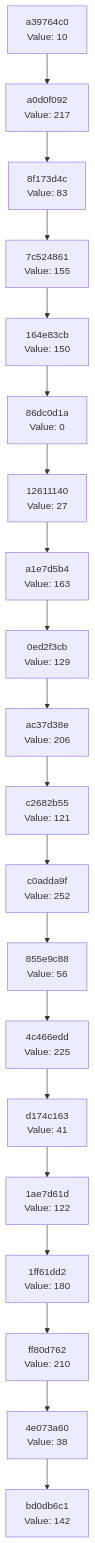
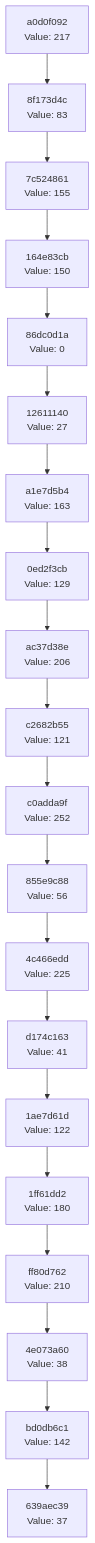
The diagram in docs/CHAIN_VISUALIZATION.md (Abhisheksinha1506/hash-chain-evolver), drawn with Mermaid before and after one commit. The commit also changed 2 other files, not shown here.

Commit message:
Evolution step: hash 0x25 → action executed

````diff
--- a/docs/CHAIN_VISUALIZATION.md
+++ b/docs/CHAIN_VISUALIZATION.md
@@ -3,42 +3,42 @@
 ```mermaid
 graph TD
-    C0["bd0db6c1<br/>Value: 142"]
-    C1["4e073a60<br/>Value: 38"]
+    C0["639aec39<br/>Value: 37"]
+    C1["bd0db6c1<br/>Value: 142"]
     C1 --> C0
-    C2["ff80d762<br/>Value: 210"]
+    C2["4e073a60<br/>Value: 38"]
     C2 --> C1
-    C3["1ff61dd2<br/>Value: 180"]
+    C3["ff80d762<br/>Value: 210"]
     C3 --> C2
-    C4["1ae7d61d<br/>Value: 122"]
+    C4["1ff61dd2<br/>Value: 180"]
     C4 --> C3
-    C5["d174c163<br/>Value: 41"]
+    C5["1ae7d61d<br/>Value: 122"]
     C5 --> C4
-    C6["4c466edd<br/>Value: 225"]
+    C6["d174c163<br/>Value: 41"]
     C6 --> C5
-    C7["855e9c88<br/>Value: 56"]
+    C7["4c466edd<br/>Value: 225"]
     C7 --> C6
-    C8["c0adda9f<br/>Value: 252"]
+    C8["855e9c88<br/>Value: 56"]
     C8 --> C7
-    C9["c2682b55<br/>Value: 121"]
+    C9["c0adda9f<br/>Value: 252"]
     C9 --> C8
-    C10["ac37d38e<br/>Value: 206"]
+    C10["c2682b55<br/>Value: 121"]
     C10 --> C9
-    C11["0ed2f3cb<br/>Value: 129"]
+    C11["ac37d38e<br/>Value: 206"]
     C11 --> C10
-    C12["a1e7d5b4<br/>Value: 163"]
+    C12["0ed2f3cb<br/>Value: 129"]
     C12 --> C11
-    C13["12611140<br/>Value: 27"]
+    C13["a1e7d5b4<br/>Value: 163"]
     C13 --> C12
-    C14["86dc0d1a<br/>Value: 0"]
+    C14["12611140<br/>Value: 27"]
     C14 --> C13
-    C15["164e83cb<br/>Value: 150"]
+    C15["86dc0d1a<br/>Value: 0"]
     C15 --> C14
-    C16["7c524861<br/>Value: 155"]
+    C16["164e83cb<br/>Value: 150"]
     C16 --> C15
-    C17["8f173d4c<br/>Value: 83"]
+    C17["7c524861<br/>Value: 155"]
     C17 --> C16
-    C18["a0d0f092<br/>Value: 217"]
+    C18["8f173d4c<br/>Value: 83"]
     C18 --> C17
-    C19["a39764c0<br/>Value: 10"]
+    C19["a0d0f092<br/>Value: 217"]
     C19 --> C18
 ```
````
